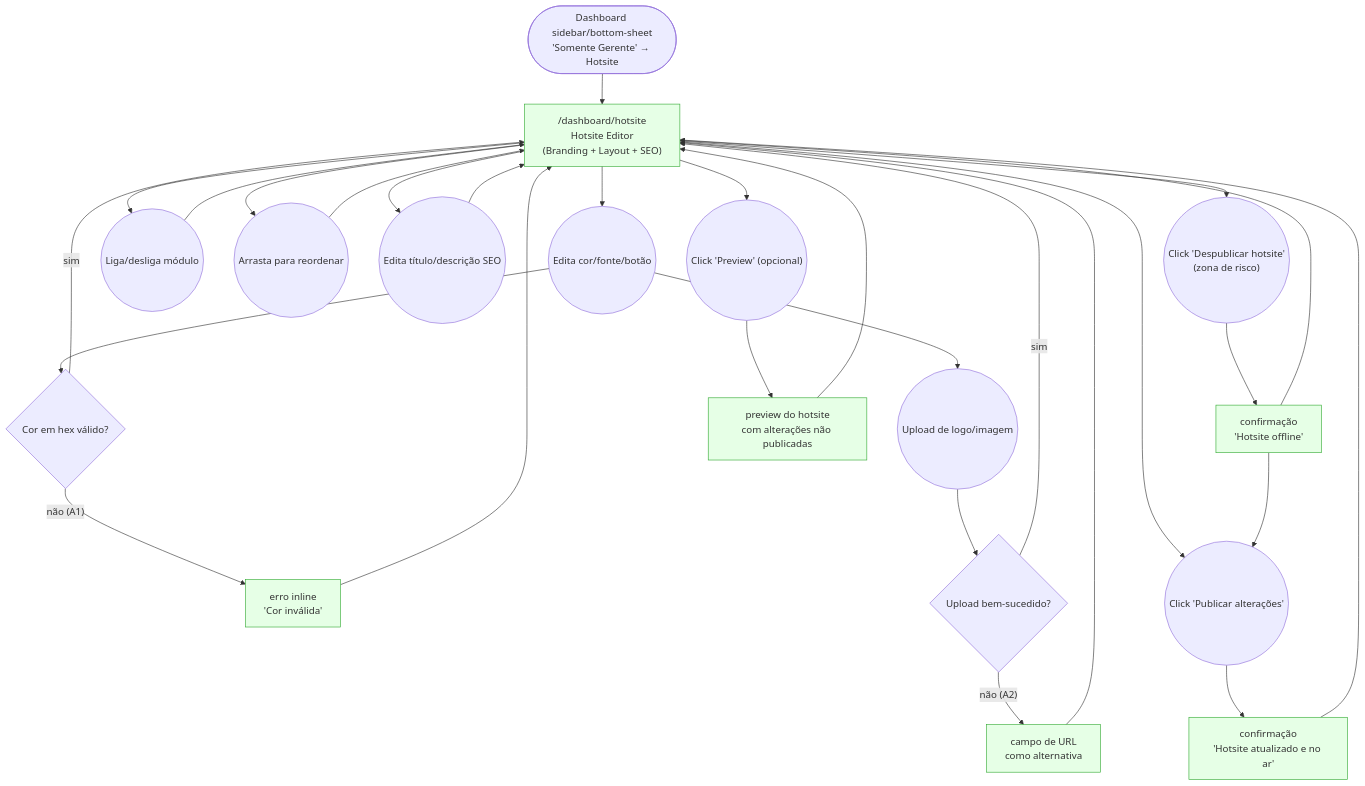
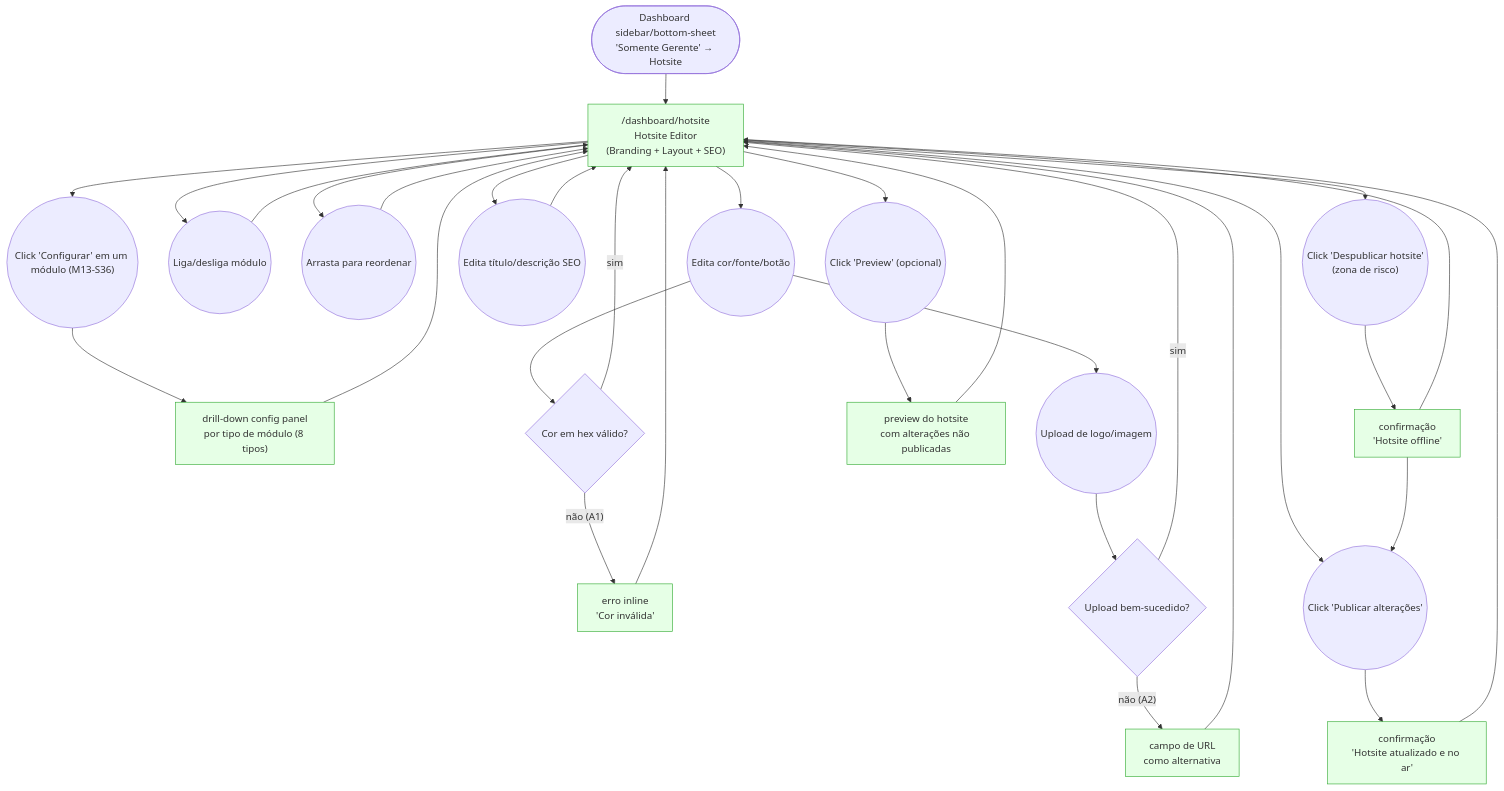
Before and after one commit to lmmoreira/ikaro: the diagram in plan/journey/manager/hotsite.md, drawn with Mermaid. The commit also changed 28 other files, not shown here.

````diff
--- a/plan/journey/manager/hotsite.md
+++ b/plan/journey/manager/hotsite.md
@@ -10,42 +10,45 @@
 ```mermaid
 flowchart TD
     classDef existing fill:#e6ffe6,stroke:#3a3
     classDef gap stroke:#f00,stroke-dasharray: 5 5,fill:#fee
 
     Start(["Dashboard sidebar/bottom-sheet<br/>'Somente Gerente' → Hotsite"]) --> Editor["/dashboard/hotsite<br/>Hotsite Editor<br/>(Branding + Layout + SEO)"]
 
     Editor --> EditBranding(("Edita cor/fonte/botão"))
     Editor --> ToggleModule(("Liga/desliga módulo"))
     Editor --> ReorderModule(("Arrasta para reordenar"))
+    Editor --> ConfigModule(("Click 'Configurar' em um módulo (M13-S36)"))
+    ConfigModule --> ModuleConfigPanel["drill-down config panel<br/>por tipo de módulo (8 tipos)"]
+    ModuleConfigPanel --> Editor
     Editor --> EditSeo(("Edita título/descrição SEO"))
 
     EditBranding --> ColorValid{"Cor em hex válido?"}
     ColorValid -- "não (A1)" --> ColorError["erro inline<br/>'Cor inválida'"]
     ColorError --> Editor
     ColorValid -- "sim" --> Editor
 
     EditBranding --> ImageUpload(("Upload de logo/imagem"))
     ImageUpload --> UploadOk{"Upload bem-sucedido?"}
     UploadOk -- "não (A2)" --> UrlFallback["campo de URL<br/>como alternativa"]
     UrlFallback --> Editor
     UploadOk -- "sim" --> Editor
 
     ToggleModule --> Editor
     ReorderModule --> Editor
     EditSeo --> Editor
 
     Editor --> PreviewBtn(("Click 'Preview' (opcional)"))
     PreviewBtn --> PreviewPane["preview do hotsite<br/>com alterações não publicadas"]
     PreviewPane --> Editor
 
     Editor --> PublishBtn(("Click 'Publicar alterações'"))
     PublishBtn --> PublishSuccess["confirmação<br/>'Hotsite atualizado e no ar'"]
     PublishSuccess --> Editor
 
     Editor --> UnpublishBtn(("Click 'Despublicar hotsite'<br/>(zona de risco)"))
     UnpublishBtn --> UnpublishSuccess["confirmação<br/>'Hotsite offline'"]
     UnpublishSuccess --> PublishBtn
     UnpublishSuccess --> Editor
 
-    class Editor,ColorError,UrlFallback,PreviewPane,PublishSuccess,UnpublishSuccess existing
+    class Editor,ColorError,UrlFallback,PreviewPane,PublishSuccess,UnpublishSuccess,ModuleConfigPanel existing
 ```
````
